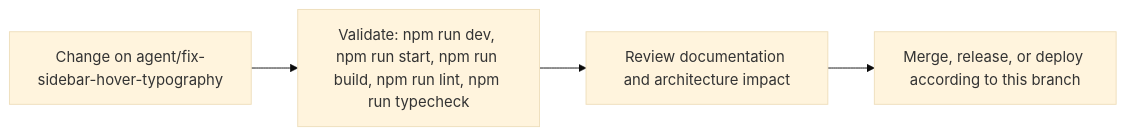
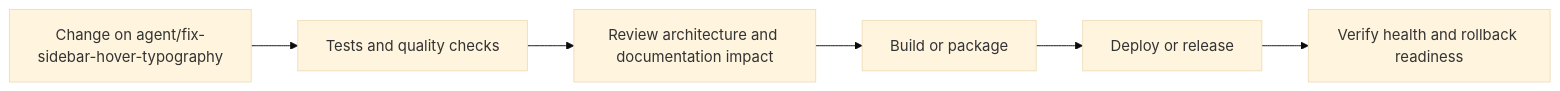
One commit to Nischhalsubba/BindForge-NW changed the fourth of 5 diagrams in README.md. Above: the diagram before and after it, drawn with Mermaid (base theme). The commit also changed other lines of this file, not shown here.

````diff
--- a/README.md
+++ b/README.md
@@ -74,8 +150,8 @@
 ```mermaid
 flowchart LR
-    CHANGE["Change on agent/fix-sidebar-hover-typography"]
-    CHECK["Validate: npm run dev, npm run start, npm run build, npm run lint, npm run typecheck"]
-    REVIEW["Review documentation and architecture impact"]
-    RELEASE["Merge, release, or deploy according to this branch"]
-    CHANGE --> CHECK --> REVIEW --> RELEASE
+    CHANGE["Change on agent/fix-sidebar-hover-typography"] --> CHECK["Tests and quality checks"]
+    CHECK --> REVIEW["Review architecture and documentation impact"]
+    REVIEW --> BUILD["Build or package"]
+    BUILD --> DEPLOY["Deploy or release"]
+    DEPLOY --> VERIFY["Verify health and rollback readiness"]
 ```
````
